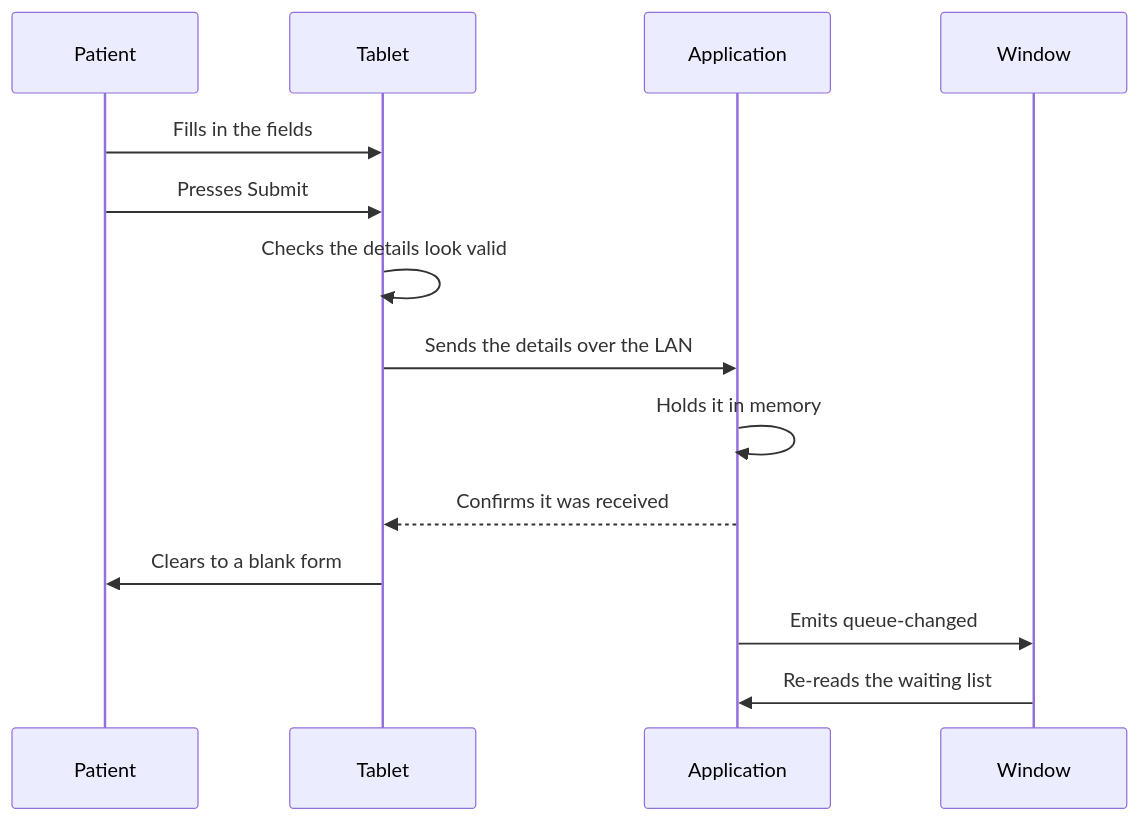
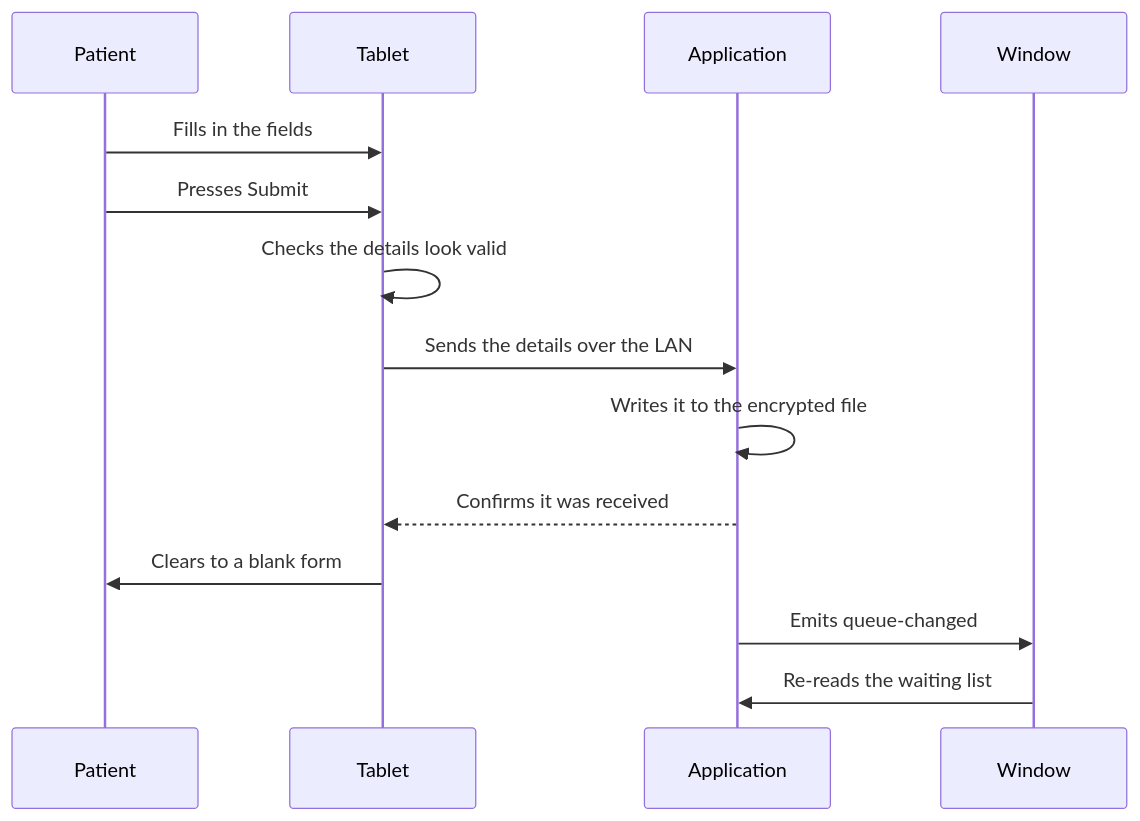
The second of 3 diagrams in docs/design.md (Vishnu373/asmart-autofill), drawn with Mermaid before and after one commit. The commit also changed other lines of this file and 18 other files, not shown here.

````diff
--- a/docs/design.md
+++ b/docs/design.md
@@ -140,17 +150,17 @@
 ```mermaid
 sequenceDiagram
     participant P as Patient
     participant T as Tablet
     participant A as Application
     participant W as Window
 
     P->>T: Fills in the fields
     P->>T: Presses Submit
     T->>T: Checks the details look valid
     T->>A: Sends the details over the LAN
-    A->>A: Holds it in memory
+    A->>A: Writes it to the encrypted file
     A-->>T: Confirms it was received
     T->>P: Clears to a blank form
     A->>W: Emits queue-changed
     W->>A: Re-reads the waiting list
 ```
````
